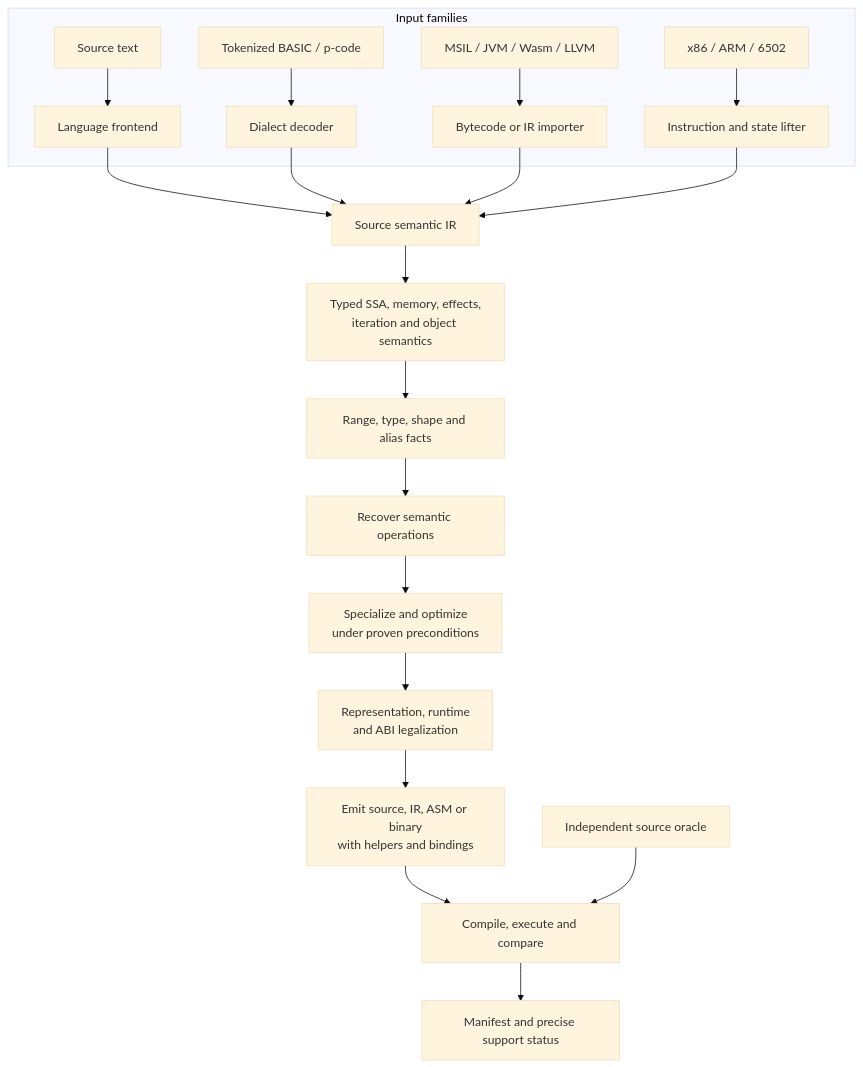
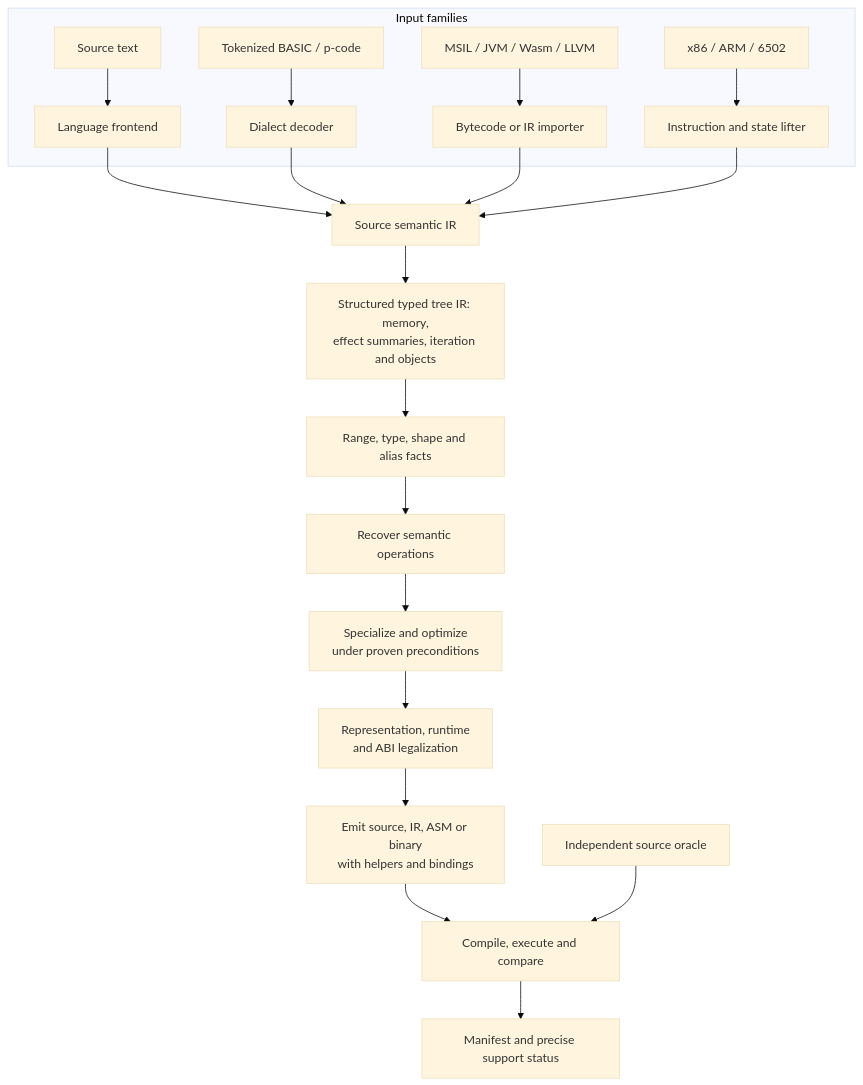
The diagram in docs/architecture/PIPELINE.md (Hawkynt/Polypiler), drawn with Mermaid (base theme) before and after one commit. The commit also changed other lines of this file and 9 other files, not shown here.

First line of the commit message:
+ docs(adr): 0009, the structured typed tree IR is the IR

````diff
--- a/docs/architecture/PIPELINE.md
+++ b/docs/architecture/PIPELINE.md
@@ -9,22 +9,22 @@
 ```mermaid
 flowchart TB
   subgraph Inputs["Input families"]
     Source["Source text"] --> Frontend["Language frontend"]
     Tokens["Tokenized BASIC / p-code"] --> Decoder["Dialect decoder"]
     Bytecode["MSIL / JVM / Wasm / LLVM"] --> CodeLifter["Bytecode or IR importer"]
     Machine["x86 / ARM / 6502"] --> MachineLifter["Instruction and state lifter"]
   end
   Frontend --> Semantic["Source semantic IR"]
   Decoder --> Semantic
   CodeLifter --> Semantic
   MachineLifter --> Semantic
-  Semantic --> IR["Typed SSA, memory, effects,<br/>iteration and object semantics"]
+  Semantic --> IR["Structured typed tree IR: memory,<br/>effect summaries, iteration and objects"]
   IR --> Facts["Range, type, shape and alias facts"]
   Facts --> Recover["Recover semantic operations"]
   Recover --> Transform["Specialize and optimize<br/>under proven preconditions"]
   Transform --> Legalize["Representation, runtime<br/>and ABI legalization"]
   Legalize --> Emit["Emit source, IR, ASM or binary<br/>with helpers and bindings"]
   Emit --> Verify["Compile, execute and compare"]
   Oracle["Independent source oracle"] --> Verify
   Verify --> Manifest["Manifest and precise support status"]
 ```
````
